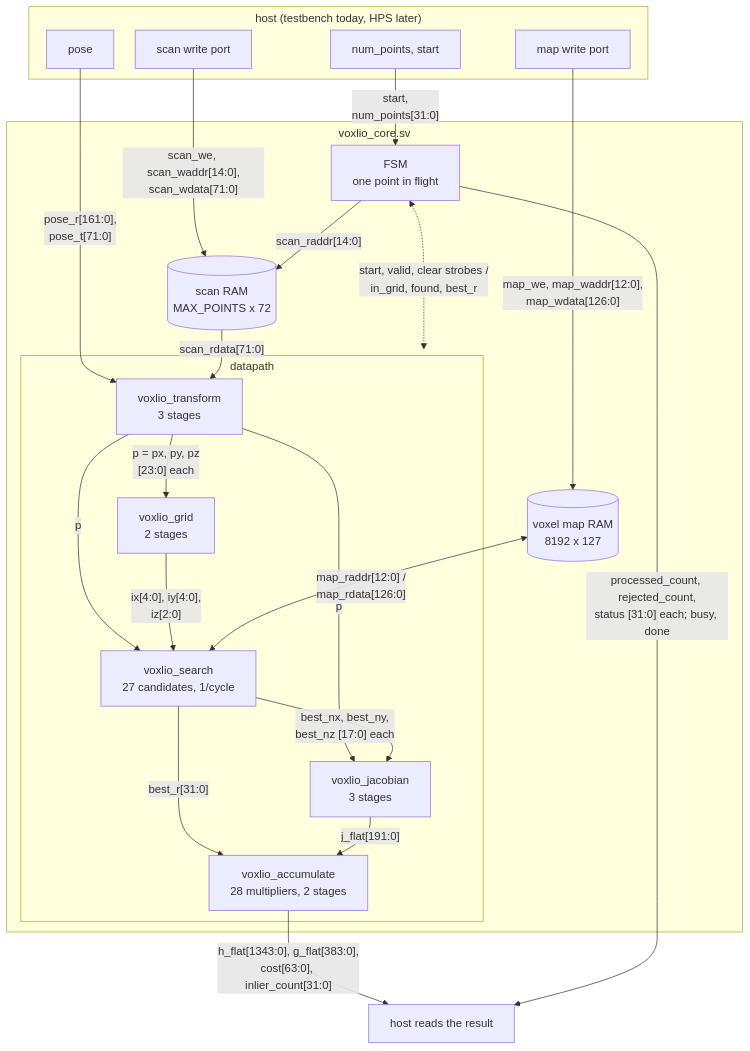
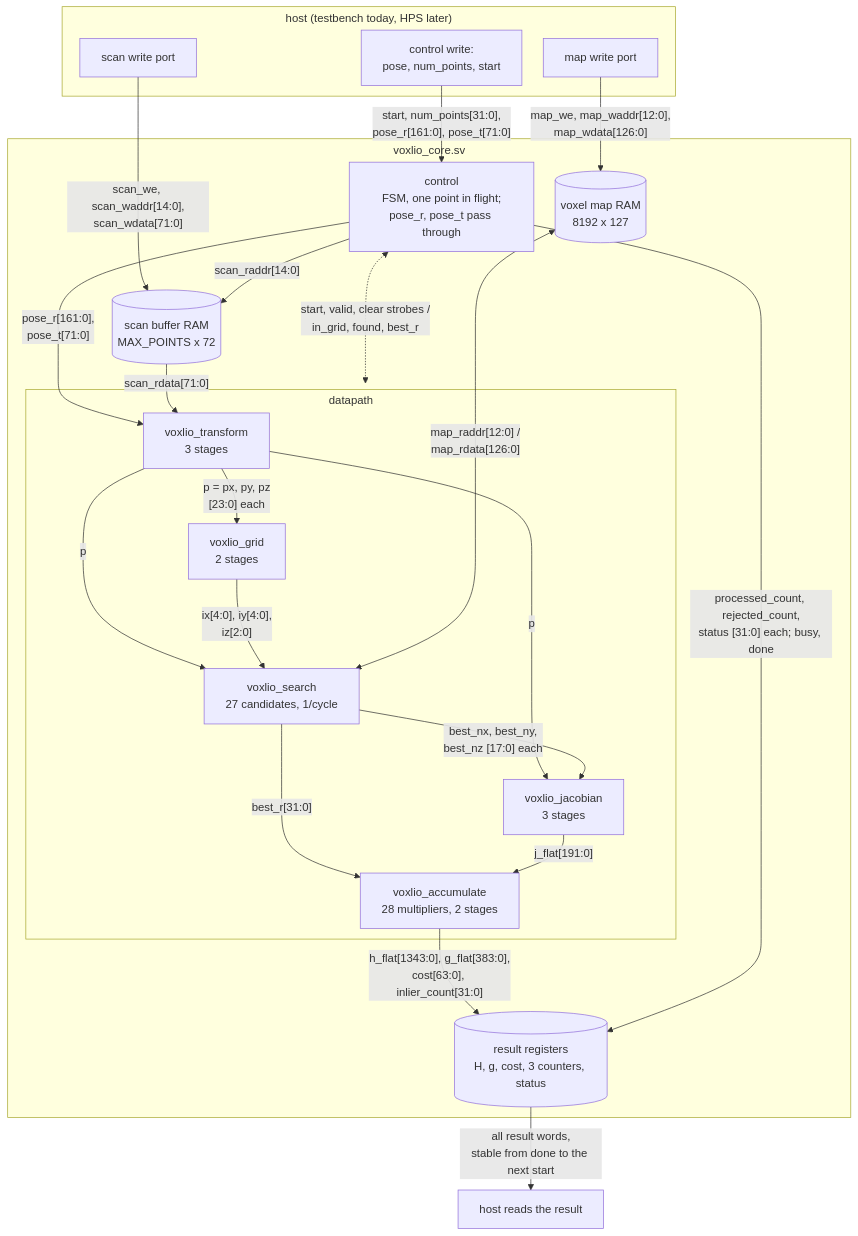
The diagram in docs/rtl.md (HengkerGila/VoxLIO_hackathon), drawn with Mermaid before and after one commit. The commit also changed other lines of this file and 1 other file, not shown here.

````diff
--- a/docs/rtl.md
+++ b/docs/rtl.md
@@ -12,47 +12,48 @@
 ```mermaid
 %%{init: {"flowchart": {"nodeSpacing": 30, "rankSpacing": 30, "subGraphTitleMargin": {"top": 4, "bottom": 14}}}}%%
 flowchart TD
     %% A two-way link is one double-headed arrow, never two opposite arrows:
     %% opposite arrows form a loop, and the layout then depends on the
     %% Mermaid version.
     subgraph HOST["host (testbench today, HPS later)"]
+        W1["scan write port"]
         W2["map write port"]
-        W1["scan write port"]
-        P["pose"]
-        C["num_points, start"]
+        C["control write:<br/>pose, num_points, start"]
     end
 
     subgraph CORE["voxlio_core.sv"]
+        S[("scan buffer RAM<br/>MAX_POINTS x 72")]
         M[("voxel map RAM<br/>8192 x 127")]
-        S[("scan RAM<br/>MAX_POINTS x 72")]
-        F["FSM<br/>one point in flight"]
+        F["control<br/>FSM, one point in flight;<br/>pose_r, pose_t pass through"]
         subgraph PIPE["datapath"]
             T["voxlio_transform<br/>3 stages"]
             G["voxlio_grid<br/>2 stages"]
             Q["voxlio_search<br/>27 candidates, 1/cycle"]
             J["voxlio_jacobian<br/>3 stages"]
             A["voxlio_accumulate<br/>28 multipliers, 2 stages"]
         end
+        RES[("result registers<br/>H, g, cost, 3 counters, status")]
     end
 
     R["host reads the result"]
 
     W1 -- "scan_we, scan_waddr[14:0],<br/>scan_wdata[71:0]" --> S
     W2 -- "map_we, map_waddr[12:0],<br/>map_wdata[126:0]" --> M
-    P -- "pose_r[161:0],<br/>pose_t[71:0]" --> T
-    C -- "start,<br/>num_points[31:0]" --> F
+    C -- "start, num_points[31:0],<br/>pose_r[161:0], pose_t[71:0]" --> F
 
     F -- "scan_raddr[14:0]" --> S
+    F -- "pose_r[161:0],<br/>pose_t[71:0]" --> T
     F <-. "start, valid, clear strobes /<br/>in_grid, found, best_r" .-> PIPE
     S -- "scan_rdata[71:0]" --> T
     T -- "p = px, py, pz<br/>[23:0] each" --> G
     T -- "p" --> Q
     T -- "p" --> J
     G -- "ix[4:0], iy[4:0],<br/>iz[2:0]" --> Q
     M <-- "map_raddr[12:0] /<br/>map_rdata[126:0]" --> Q
     Q -- "best_nx, best_ny,<br/>best_nz [17:0] each" --> J
     Q -- "best_r[31:0]" --> A
     J -- "j_flat[191:0]" --> A
-    A -- "h_flat[1343:0], g_flat[383:0],<br/>cost[63:0], inlier_count[31:0]" --> R
-    F -- "processed_count, rejected_count,<br/>status [31:0] each; busy, done" --> R
+    A -- "h_flat[1343:0], g_flat[383:0],<br/>cost[63:0], inlier_count[31:0]" --> RES
+    F -- "processed_count, rejected_count,<br/>status [31:0] each; busy, done" --> RES
+    RES -- "all result words,<br/>stable from done to the next start" --> R
 ```
````
